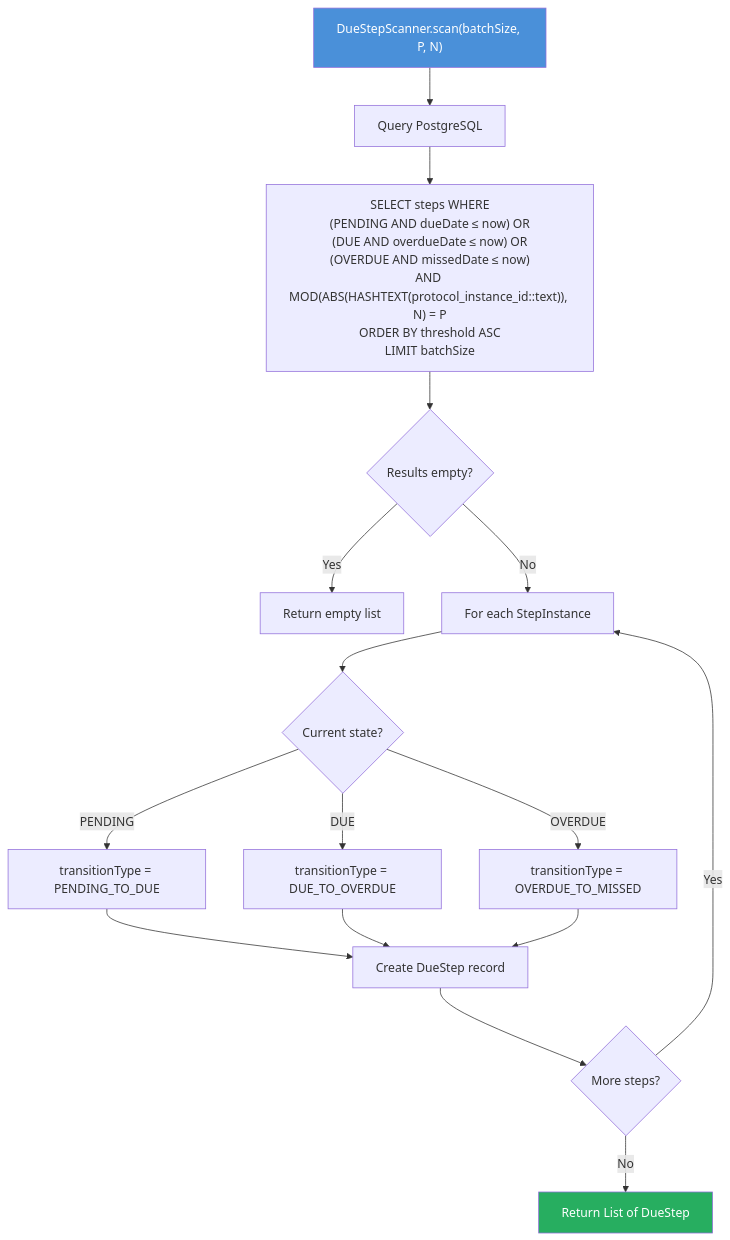
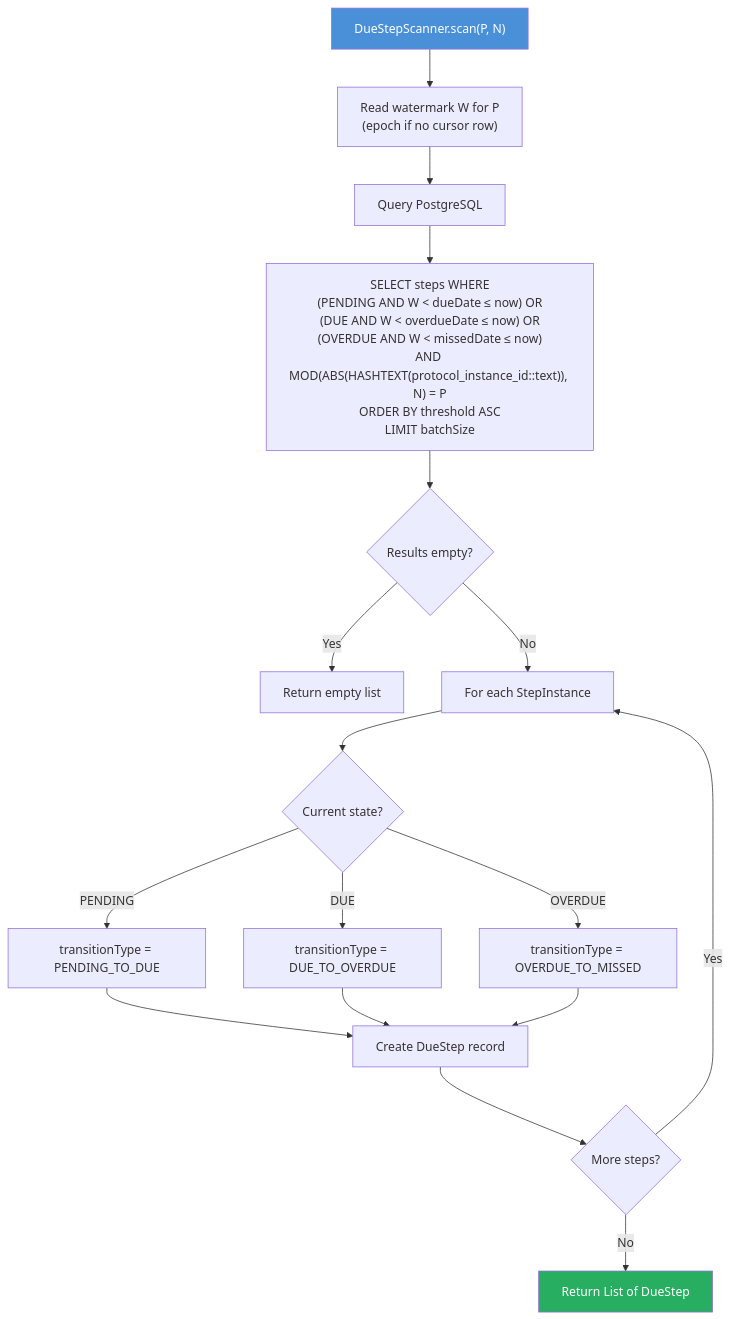
Before and after one commit to Jayaprakash8887/cce-scheduler-service: the third of 5 diagrams in docs/flow-diagrams.md, drawn with Mermaid. The commit also changed other lines of this file and 22 other files, not shown here.

````diff
--- a/docs/flow-diagrams.md
+++ b/docs/flow-diagrams.md
@@ -107,24 +111,25 @@
 ```mermaid
 flowchart TD
-    A["DueStepScanner.scan(batchSize, P, N)"] --> B["Query PostgreSQL"]
-    B --> C["SELECT steps WHERE<br/>(PENDING AND dueDate ≤ now) OR<br/>(DUE AND overdueDate ≤ now) OR<br/>(OVERDUE AND missedDate ≤ now)<br/>AND MOD(ABS(HASHTEXT(protocol_instance_id::text)), N) = P<br/>ORDER BY threshold ASC<br/>LIMIT batchSize"]
+    A["DueStepScanner.scan(P, N)"] --> A2["Read watermark W for P<br/>(epoch if no cursor row)"]
+    A2 --> B["Query PostgreSQL"]
+    B --> C["SELECT steps WHERE<br/>(PENDING AND W < dueDate ≤ now) OR<br/>(DUE AND W < overdueDate ≤ now) OR<br/>(OVERDUE AND W < missedDate ≤ now)<br/>AND MOD(ABS(HASHTEXT(protocol_instance_id::text)), N) = P<br/>ORDER BY threshold ASC<br/>LIMIT batchSize"]
     C --> D{"Results empty?"}
     D -->|"Yes"| E["Return empty list"]
     D -->|"No"| F["For each StepInstance"]
 
     F --> G{"Current state?"}
     G -->|"PENDING"| H["transitionType = PENDING_TO_DUE"]
     G -->|"DUE"| I["transitionType = DUE_TO_OVERDUE"]
     G -->|"OVERDUE"| J["transitionType = OVERDUE_TO_MISSED"]
 
     H --> K["Create DueStep record"]
     I --> K
     J --> K
 
     K --> L{"More steps?"}
     L -->|"Yes"| F
     L -->|"No"| M["Return List of DueStep"]
 
     style A fill:#4A90D9,color:white
     style M fill:#27AE60,color:white
 ```
````
